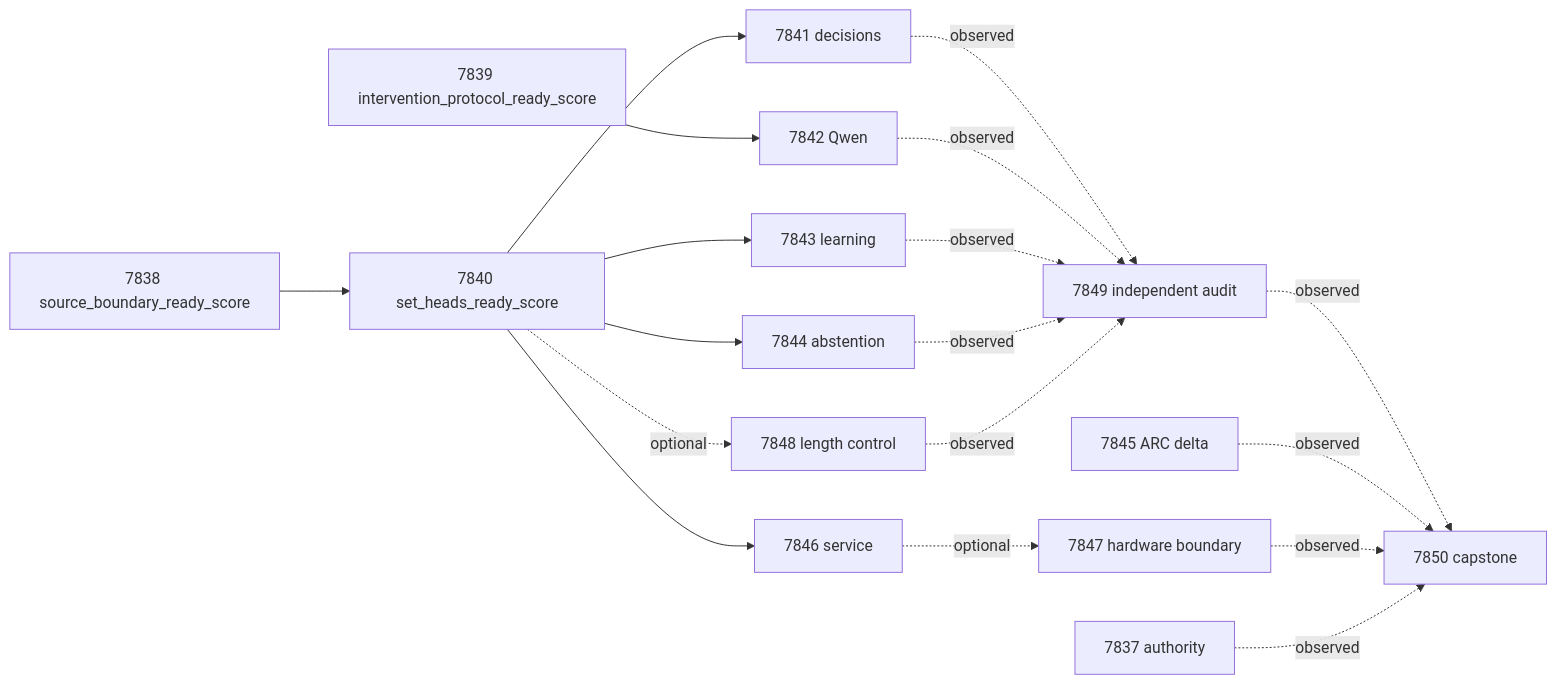
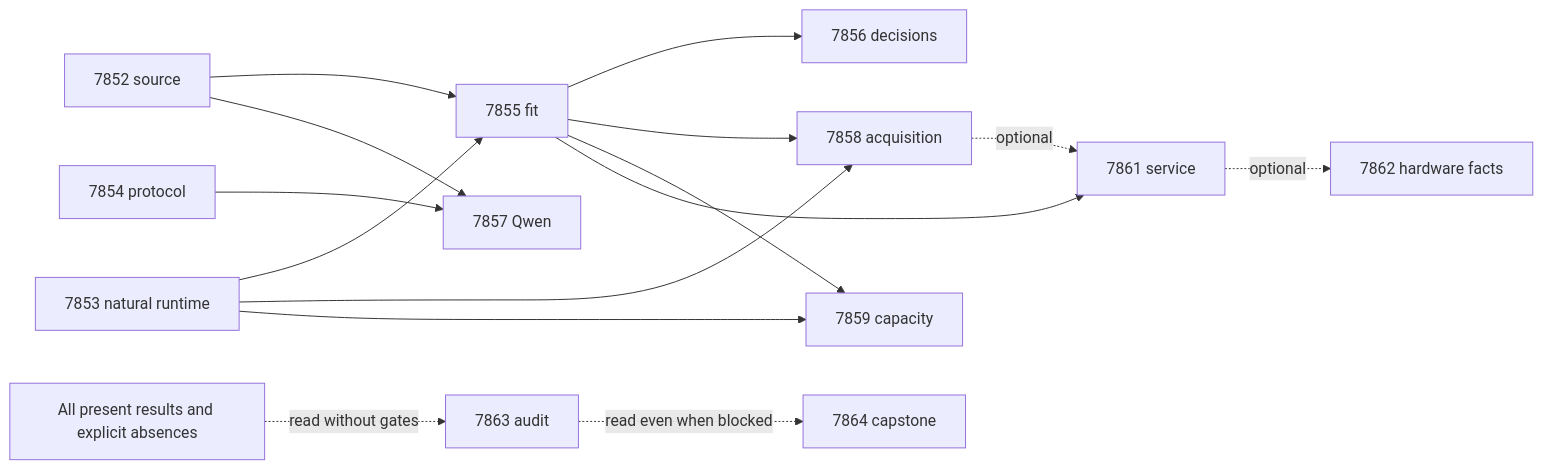
One commit to Carnot-EBM/carnot-ebm changed the second of 2 diagrams in openspec/change-proposals/research-roadmap-vNEXT.md. Above: the diagram before and after it, drawn with Mermaid. The commit also changed other lines of this file and 15 other files, not shown here.

````diff
--- a/openspec/change-proposals/research-roadmap-vNEXT.md
+++ b/openspec/change-proposals/research-roadmap-vNEXT.md
@@ -280,20 +290,17 @@
 ```mermaid
-graph LR
-    E7838[7838 source_boundary_ready_score] --> E7840[7840 set_heads_ready_score]
-    E7839[7839 intervention_protocol_ready_score] --> E7842[7842 Qwen]
-    E7840 --> E7841[7841 decisions]
-    E7840 --> E7843[7843 learning]
-    E7840 --> E7844[7844 abstention]
-    E7840 --> E7846[7846 service]
-    E7840 -. optional .-> E7848[7848 length control]
-    E7846 -. optional .-> E7847[7847 hardware boundary]
-    E7841 -. observed .-> E7849[7849 independent audit]
-    E7842 -. observed .-> E7849
-    E7843 -. observed .-> E7849
-    E7844 -. observed .-> E7849
-    E7848 -. observed .-> E7849
-    E7849 -. observed .-> E7850[7850 capstone]
-    E7845[7845 ARC delta] -. observed .-> E7850
-    E7847 -. observed .-> E7850
-    E7837[7837 authority] -. observed .-> E7850
+flowchart LR
+    E7852[7852 source] --> E7855[7855 fit]
+    E7853[7853 natural runtime] --> E7855
+    E7855 --> E7856[7856 decisions]
+    E7852 --> E7857[7857 Qwen]
+    E7854[7854 protocol] --> E7857
+    E7853 --> E7858[7858 acquisition]
+    E7855 --> E7858
+    E7853 --> E7859[7859 capacity]
+    E7855 --> E7859
+    E7855 --> E7861[7861 service]
+    E7858 -. optional .-> E7861
+    E7861 -. optional .-> E7862[7862 hardware facts]
+    ALL[All present results and explicit absences] -. read without gates .-> E7863[7863 audit]
+    E7863 -. read even when blocked .-> E7864[7864 capstone]
 ```
````
